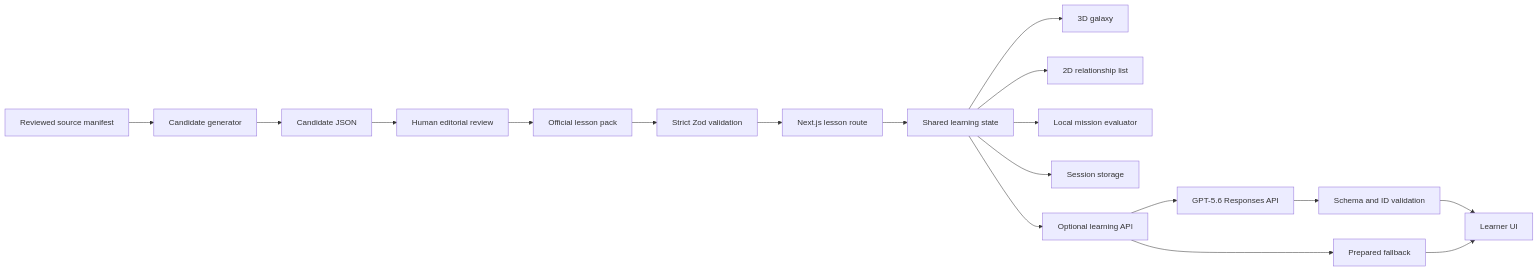
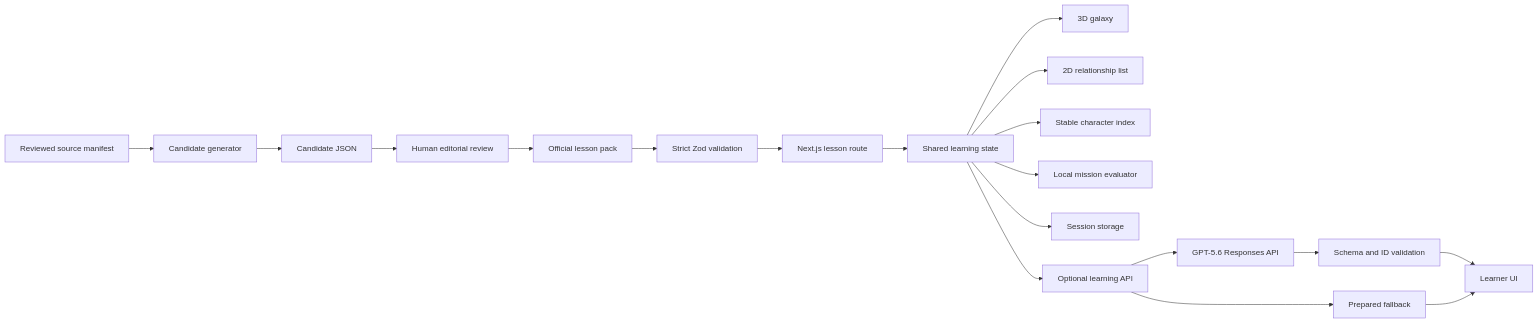
One commit to hs354355279/AI-Character-Galaxy changed the diagram in docs/ARCHITECTURE.md. Above: the diagram before and after it, drawn with Mermaid. The commit also changed other lines of this file and 2 other files, not shown here.

````diff
--- a/docs/ARCHITECTURE.md
+++ b/docs/ARCHITECTURE.md
@@ -9,20 +9,21 @@
 ```mermaid
 flowchart LR
   M["Reviewed source manifest"] --> G["Candidate generator"]
   G --> C["Candidate JSON"]
   C --> H["Human editorial review"]
   H --> P["Official lesson pack"]
   P --> Z["Strict Zod validation"]
   Z --> R["Next.js lesson route"]
   R --> S["Shared learning state"]
   S --> V3["3D galaxy"]
   S --> V2["2D relationship list"]
+  S --> CR["Stable character index"]
   S --> E["Local mission evaluator"]
   S --> SS["Session storage"]
   S --> A["Optional learning API"]
   A --> O["GPT-5.6 Responses API"]
   O --> X["Schema and ID validation"]
   X --> U["Learner UI"]
   A --> F["Prepared fallback"]
   F --> U
 ```
````
